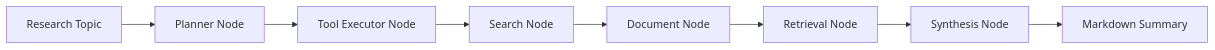
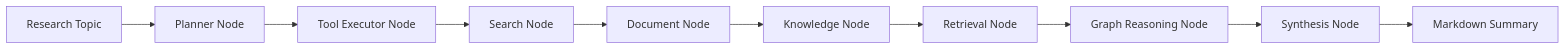
One commit to fanlingxi/AI-Research-Agent changed the first of 2 diagrams in docs/architecture.md. Above: the diagram before and after it, drawn with Mermaid. The commit also changed other lines of this file and 21 other files, not shown here.

Commit message:
integrate graphrag with knowledge graph reasoning

````diff
--- a/docs/architecture.md
+++ b/docs/architecture.md
@@ -26,10 +32,12 @@
 ```mermaid
 flowchart LR
     Q["Research Topic"] --> P["Planner Node"]
     P --> T["Tool Executor Node"]
     T --> S["Search Node"]
     S --> D["Document Node"]
-    D --> R["Retrieval Node"]
-    R --> W["Synthesis Node"]
+    D --> K["Knowledge Node"]
+    K --> R["Retrieval Node"]
+    R --> G["Graph Reasoning Node"]
+    G --> W["Synthesis Node"]
     W --> END["Markdown Summary"]
 ```
````
